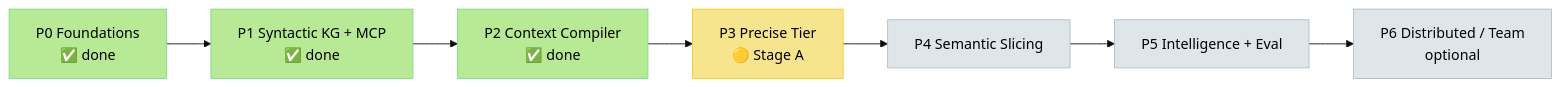
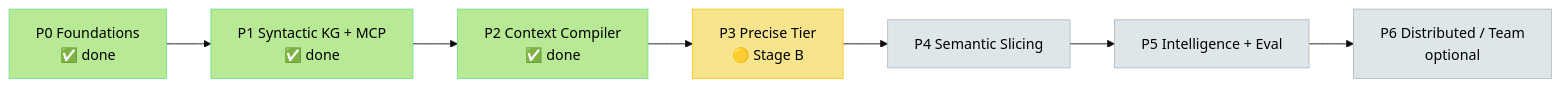
The first of 2 diagrams in docs/planning/TASKS-AND-PROGRESS.md (Md-Jazbee/prism), drawn with Mermaid (base theme) before and after one commit. The commit also changed other lines of this file and 29 other files, not shown here.

First line of the commit message:
Complete Phase 3 Stage A: PreciseIndex ingest and T2 edge overlay.

````diff
--- a/docs/planning/TASKS-AND-PROGRESS.md
+++ b/docs/planning/TASKS-AND-PROGRESS.md
@@ -26,17 +26,17 @@
 ```mermaid
 flowchart LR
     P0[P0 Foundations<br/>✅ done] --> P1[P1 Syntactic KG + MCP<br/>✅ done]
     P1 --> P2[P2 Context Compiler<br/>✅ done]
-    P2 --> P3[P3 Precise Tier<br/>🟡 Stage A]
+    P2 --> P3[P3 Precise Tier<br/>🟡 Stage B]
     P3 --> P4[P4 Semantic Slicing]
     P4 --> P5[P5 Intelligence + Eval]
     P5 --> P6[P6 Distributed / Team<br/>optional]
 
     style P0 fill:#b8e994,stroke:#78e08f,color:#000
     style P1 fill:#b8e994,stroke:#78e08f,color:#000
     style P2 fill:#b8e994,stroke:#78e08f,color:#000
     style P3 fill:#f6e58d,stroke:#f9ca24,color:#000
     style P4 fill:#dfe6e9,stroke:#b2bec3,color:#000
     style P5 fill:#dfe6e9,stroke:#b2bec3,color:#000
     style P6 fill:#dfe6e9,stroke:#b2bec3,color:#000
 ```
````
